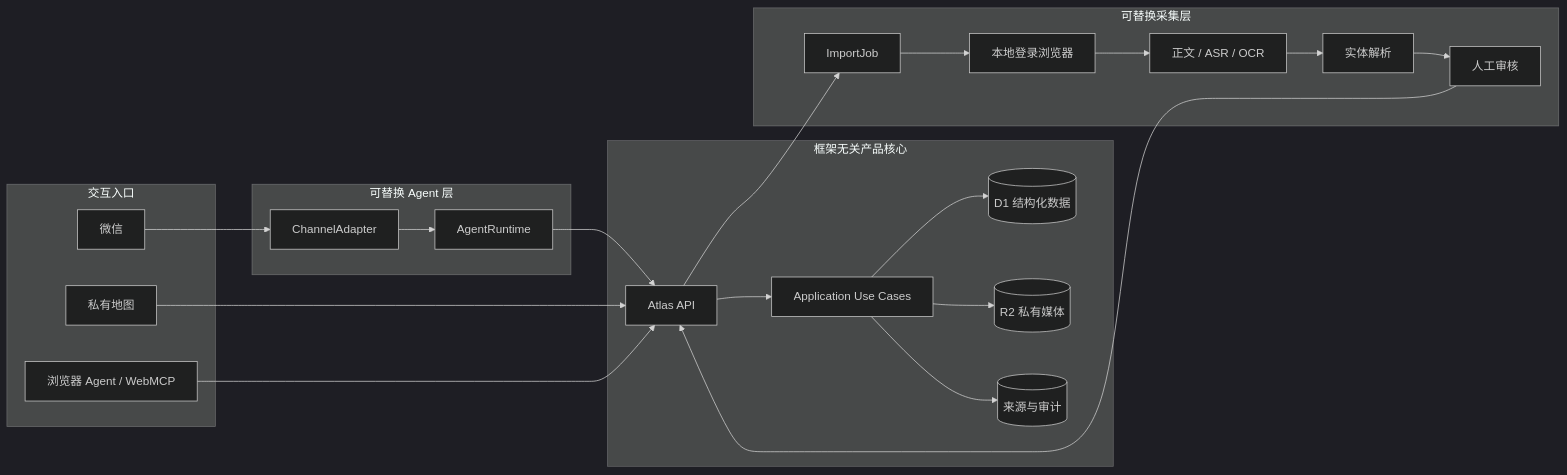
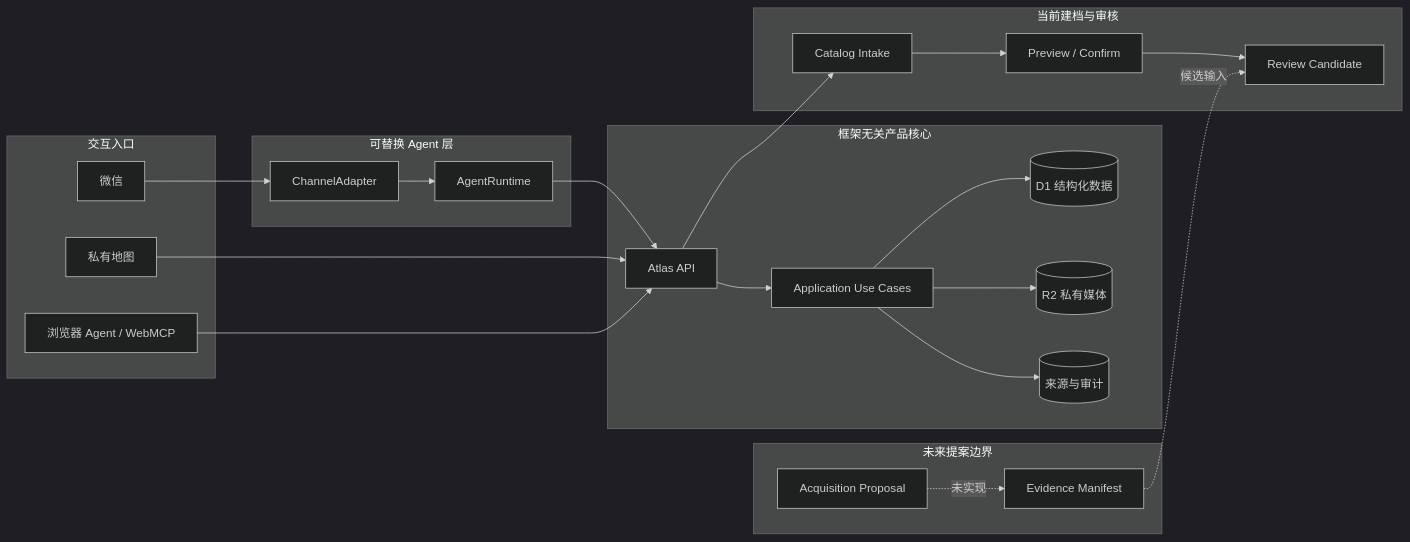
One commit to AndyZhou952/place-atlas changed the diagram in docs/architecture.md. Above: the diagram before and after it, drawn with Mermaid (dark theme). The commit also changed other lines of this file and 115 other files, not shown here.

Commit message:
feat: refine agent add and review flow

````diff
--- a/docs/architecture.md
+++ b/docs/architecture.md
@@ -19,33 +19,36 @@
 ```mermaid
 flowchart LR
     subgraph Channels[交互入口]
       WX[微信]
       WEB[私有地图]
       WM[浏览器 Agent / WebMCP]
     end
     subgraph AgentPlane[可替换 Agent 层]
       CA[ChannelAdapter]
       RT[AgentRuntime]
     end
     subgraph Core[框架无关产品核心]
       API[Atlas API]
       UC[Application Use Cases]
       DB[(D1 结构化数据)]
       OBJ[(R2 私有媒体)]
       AUDIT[(来源与审计)]
     end
-    subgraph Acquisition[可替换采集层]
-      JOB[ImportJob]
-      BROWSER[本地登录浏览器]
-      EXTRACT[正文 / ASR / OCR]
-      RESOLVE[实体解析]
-      REVIEW[人工审核]
+    subgraph Intake[当前建档与审核]
+      DISCOVER[Catalog Intake]
+      PREVIEW[Preview / Confirm]
+      REVIEW[Review Candidate]
+    end
+    subgraph Acquisition[未来提案边界]
+      PROPOSAL[Acquisition Proposal]
+      EVIDENCE[Evidence Manifest]
     end
     WX --> CA --> RT --> API
     WEB --> API
     WM --> API
     API --> UC --> DB
     UC --> OBJ
     UC --> AUDIT
-    API --> JOB --> BROWSER --> EXTRACT --> RESOLVE --> REVIEW --> API
+    API --> DISCOVER --> PREVIEW --> REVIEW
+    PROPOSAL -. 未实现 .-> EVIDENCE -. 候选输入 .-> REVIEW
 ```
````
